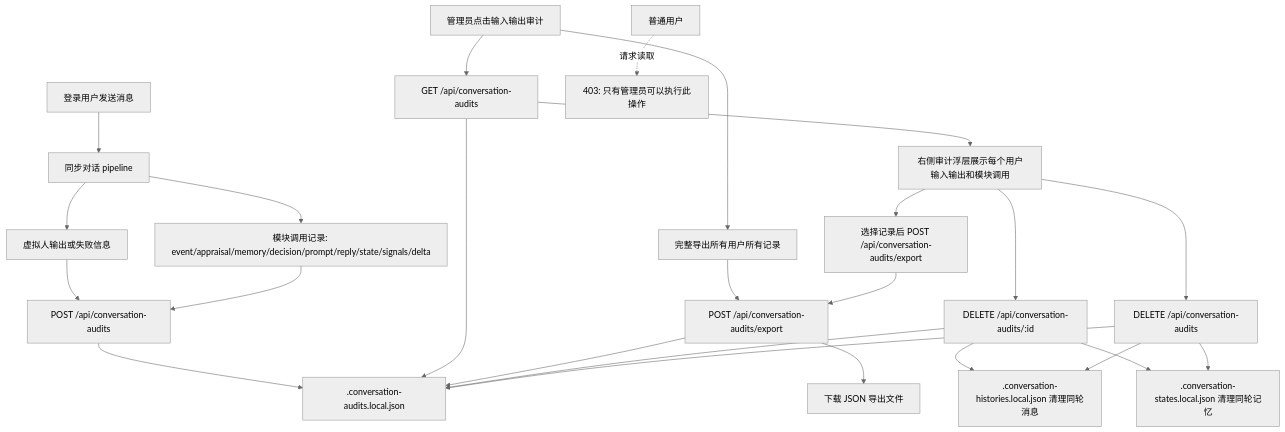
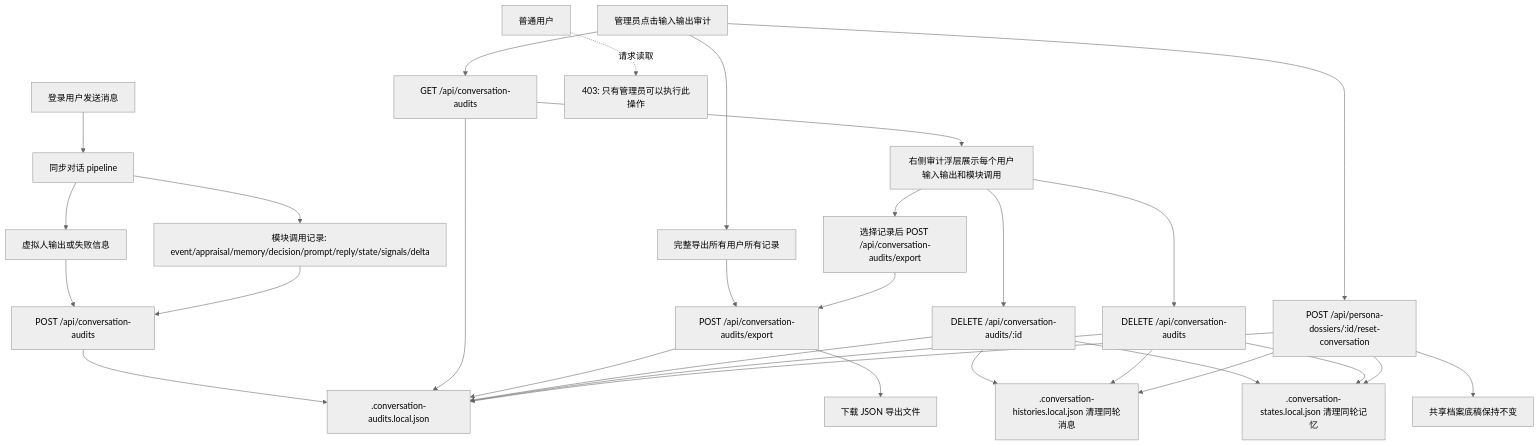
The tenth of 31 diagrams in docs/SYSTEM_FLOW.md (ttmanthatman/virtual-human-flow), drawn with Mermaid (neutral theme) before and after one commit. The commit also changed other lines of this file and 11 other files, not shown here.

````diff
--- a/docs/SYSTEM_FLOW.md
+++ b/docs/SYSTEM_FLOW.md
@@ -282,27 +282,32 @@
 ```mermaid
 flowchart TD
     U[登录用户发送消息] --> PIPE[同步对话 pipeline]
     PIPE --> OUT[虚拟人输出或失败信息]
     OUT --> AUDIT[POST /api/conversation-audits]
     PIPE --> MODULES[模块调用记录: event/appraisal/memory/decision/prompt/reply/state/signals/delta]
     MODULES --> AUDIT
     AUDIT --> STORE[.conversation-audits.local.json]
     ADMIN[管理员点击输入输出审计] --> READ[GET /api/conversation-audits]
     READ --> STORE
     READ --> UI[右侧审计浮层展示每个用户输入输出和模块调用]
     UI --> EXPORTSEL[选择记录后 POST /api/conversation-audits/export]
     ADMIN --> EXPORTALL[完整导出所有用户所有记录]
     EXPORTALL --> EXPORTAPI[POST /api/conversation-audits/export]
     EXPORTSEL --> EXPORTAPI
     EXPORTAPI --> STORE
     EXPORTAPI --> JSON[下载 JSON 导出文件]
     UI --> DELONE[DELETE /api/conversation-audits/:id]
     UI --> CLEAR[DELETE /api/conversation-audits]
+    ADMIN --> RESET[POST /api/persona-dossiers/:id/reset-conversation]
     DELONE --> STORE
     CLEAR --> STORE
     DELONE --> HISTSTORE[.conversation-histories.local.json 清理同轮消息]
     DELONE --> STATESTORE[.conversation-states.local.json 清理同轮记忆]
     CLEAR --> HISTSTORE
     CLEAR --> STATESTORE
+    RESET --> HISTSTORE
+    RESET --> STATESTORE
+    RESET --> STORE
+    RESET --> BASE[共享档案底稿保持不变]
     USER[普通用户] -. 请求读取 .-> DENY[403: 只有管理员可以执行此操作]
 ```
````
